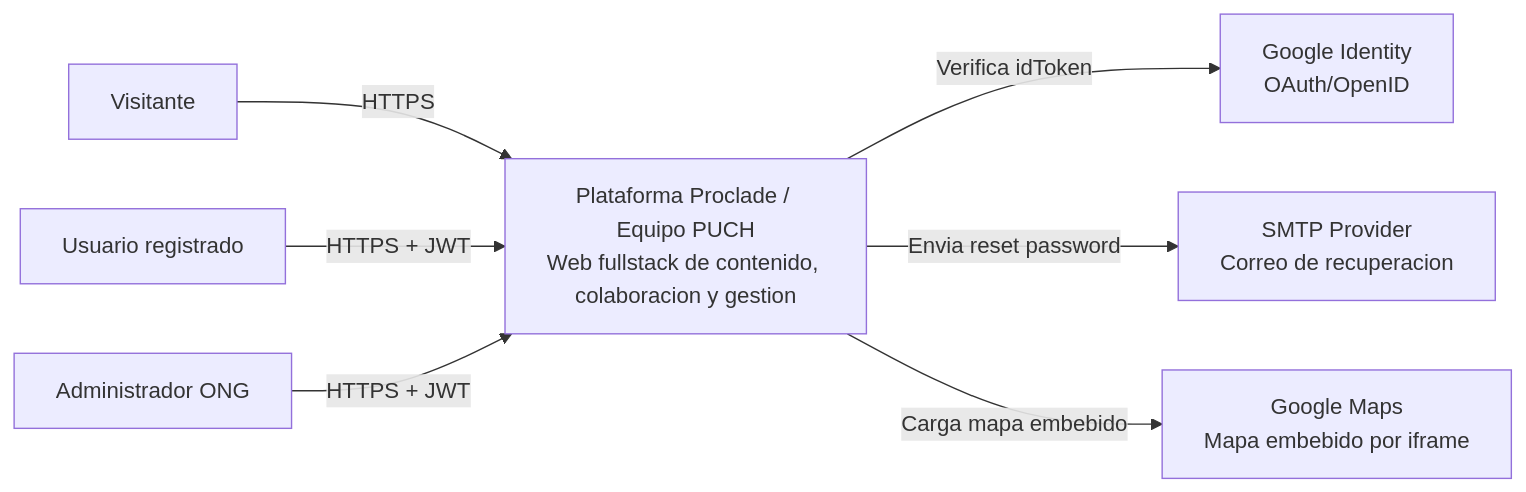
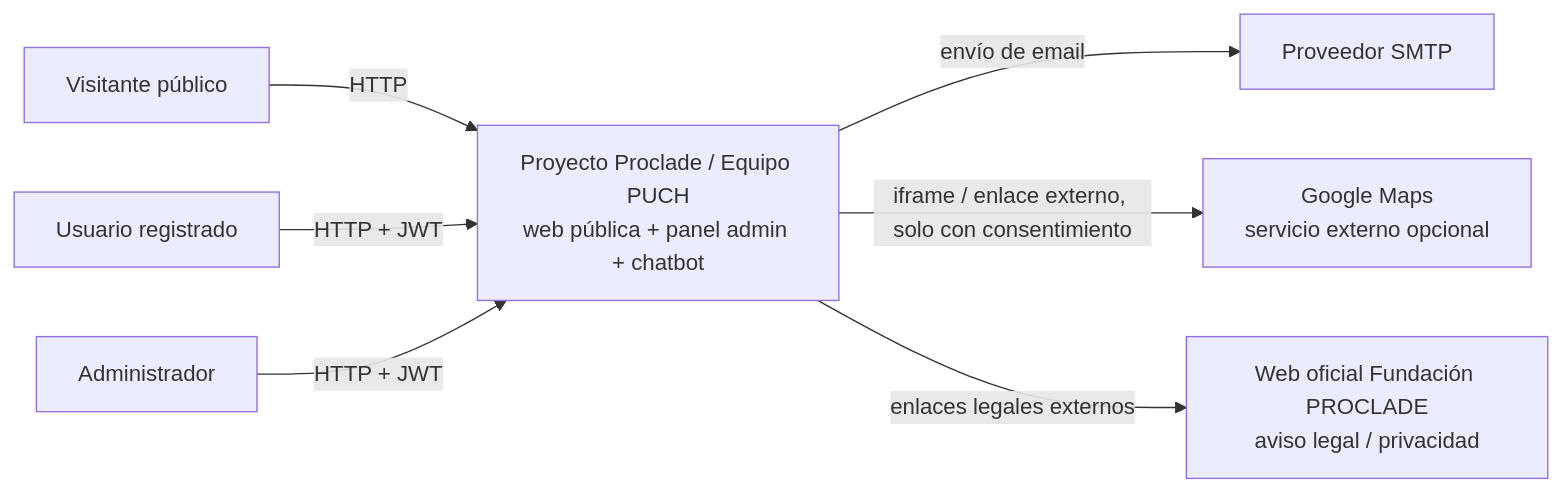
One commit to RoockDev/proyecto-proclade changed the diagram in docs/02-architecture/02.1-c4-context.md. Above: the diagram before and after it, drawn with Mermaid. The commit also changed other lines of this file and 42 other files, not shown here.

````diff
--- a/docs/02-architecture/02.1-c4-context.md
+++ b/docs/02-architecture/02.1-c4-context.md
@@ -7,20 +7,20 @@
 ```mermaid
 flowchart LR
-  guest["Visitante"]
+  guest["Visitante público"]
   member["Usuario registrado"]
-  admin["Administrador ONG"]
+  admin["Administrador"]
 
-  platform["Plataforma Proclade / Equipo PUCH<br/>Web fullstack de contenido, colaboracion y gestion"]
+  platform["Proyecto Proclade / Equipo PUCH<br/>web pública + panel admin + chatbot"]
 
-  google["Google Identity<br/>OAuth/OpenID"]
-  smtp["SMTP Provider<br/>Correo de recuperacion"]
-  maps["Google Maps<br/>Mapa embebido por iframe"]
+  smtp["Proveedor SMTP"]
+  maps["Google Maps<br/>servicio externo opcional"]
+  legal["Web oficial Fundación PROCLADE<br/>aviso legal / privacidad"]
 
-  guest -->|"HTTPS"| platform
-  member -->|"HTTPS + JWT"| platform
-  admin -->|"HTTPS + JWT"| platform
+  guest -->|"HTTP"| platform
+  member -->|"HTTP + JWT"| platform
+  admin -->|"HTTP + JWT"| platform
 
-  platform -->|"Verifica idToken"| google
-  platform -->|"Envia reset password"| smtp
-  platform -->|"Carga mapa embebido"| maps
+  platform -->|"envío de email"| smtp
+  platform -->|"iframe / enlace externo, solo con consentimiento"| maps
+  platform -->|"enlaces legales externos"| legal
 ```
````
